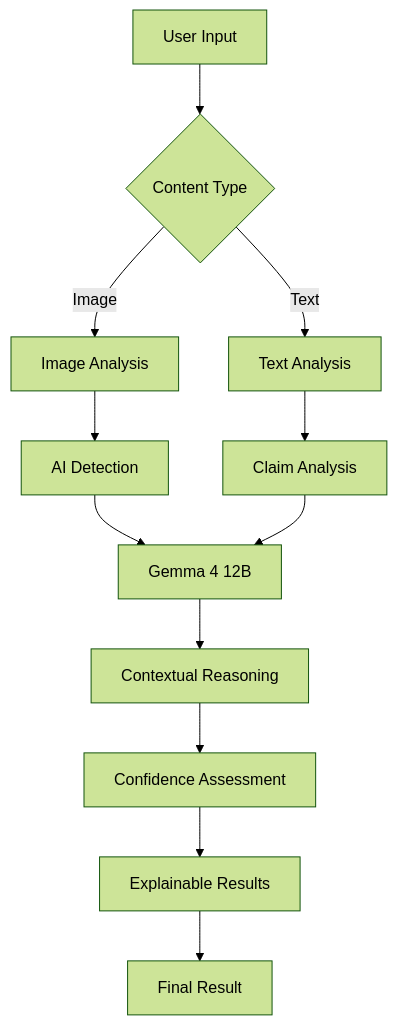
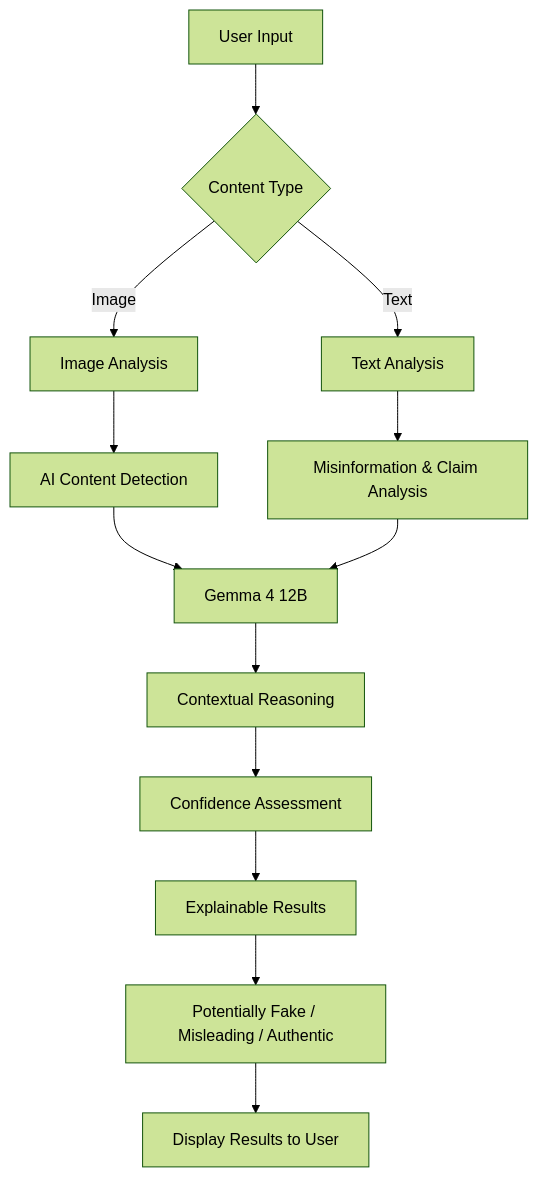
The diagram in README.md (Sutharsan11308-git/hacktoberfest-hack-day-coimbatore-x-init-club-and-idea-club), drawn with Mermaid (forest theme) before and after one commit.

````diff
--- a/README.md
+++ b/README.md
@@ -56,14 +56,19 @@
 ```mermaid
-graph TD
+flowchart TD
     A[User Input] --> B{Content Type}
+
     B -->|Image| C[Image Analysis]
     B -->|Text| D[Text Analysis]
-    C --> E[AI Detection]
-    D --> F[Claim Analysis]
+
+    C --> E[AI Content Detection]
+    D --> F[Misinformation & Claim Analysis]
+
     E --> G[Gemma 4 12B]
     F --> G
+
     G --> H[Contextual Reasoning]
     H --> I[Confidence Assessment]
     I --> J[Explainable Results]
-    J --> K[Final Result]
+    J --> K[Potentially Fake / Misleading / Authentic]
+    K --> L[Display Results to User]
 ```
````
